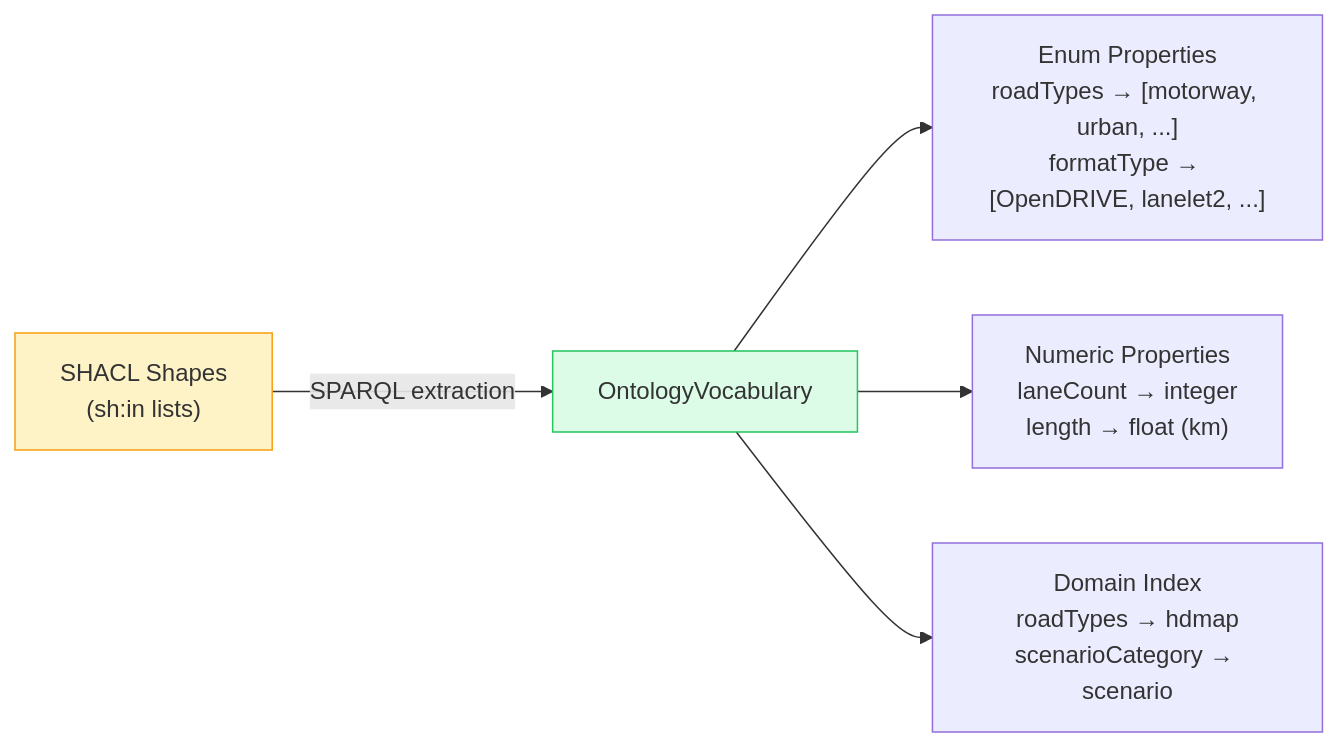
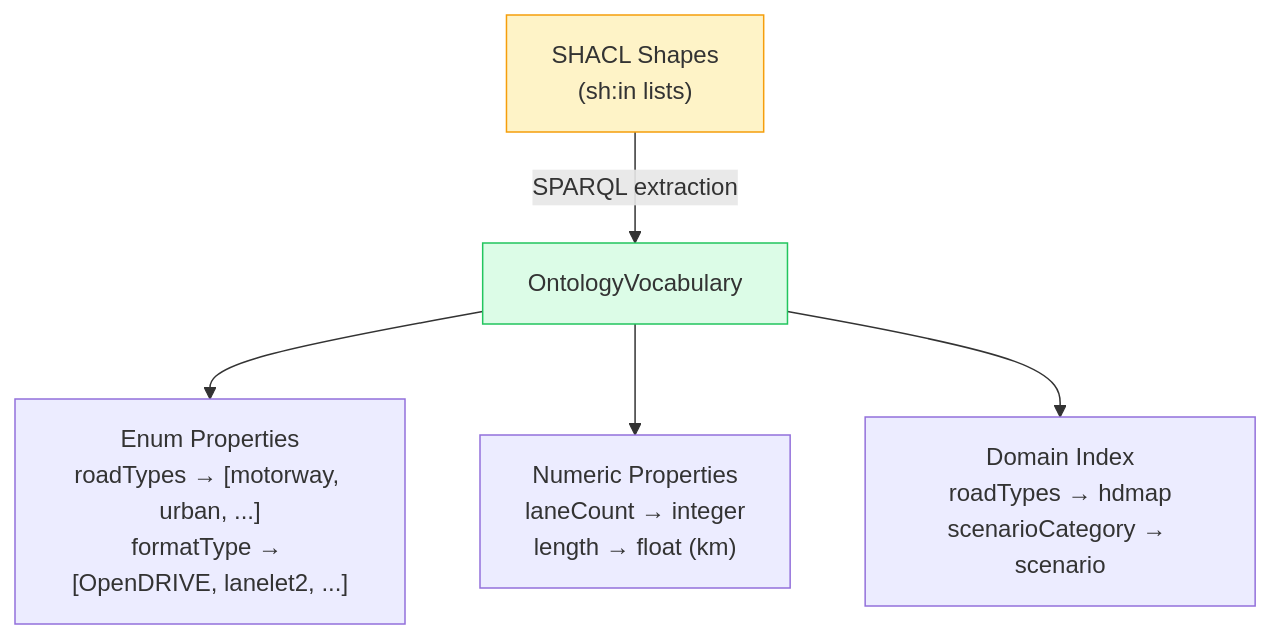
One commit to ASCS-eV/ontology-based-nl-search changed the second of 3 diagrams in apps/docs/ontology.md. Above: the diagram before and after it, drawn with Mermaid. The commit also changed 8 other files, not shown here.

First line of the commit message:
docs: fix heading-anchor placement and crowded mermaid diagrams (#60)

````diff
--- a/apps/docs/ontology.md
+++ b/apps/docs/ontology.md
@@ -56,10 +56,10 @@
 ```mermaid
-graph LR
+graph TD
     SHACL["SHACL Shapes<br/>(sh:in lists)"] -->|"SPARQL extraction"| VOCAB["OntologyVocabulary"]
     VOCAB --> ENUM["Enum Properties<br/>roadTypes → [motorway, urban, ...]<br/>formatType → [OpenDRIVE, lanelet2, ...]"]
     VOCAB --> NUM["Numeric Properties<br/>laneCount → integer<br/>length → float (km)"]
     VOCAB --> DOM["Domain Index<br/>roadTypes → hdmap<br/>scenarioCategory → scenario"]
 
     style SHACL fill:#fef3c7,stroke:#f59e0b
     style VOCAB fill:#dcfce7,stroke:#22c55e
 ```
````
